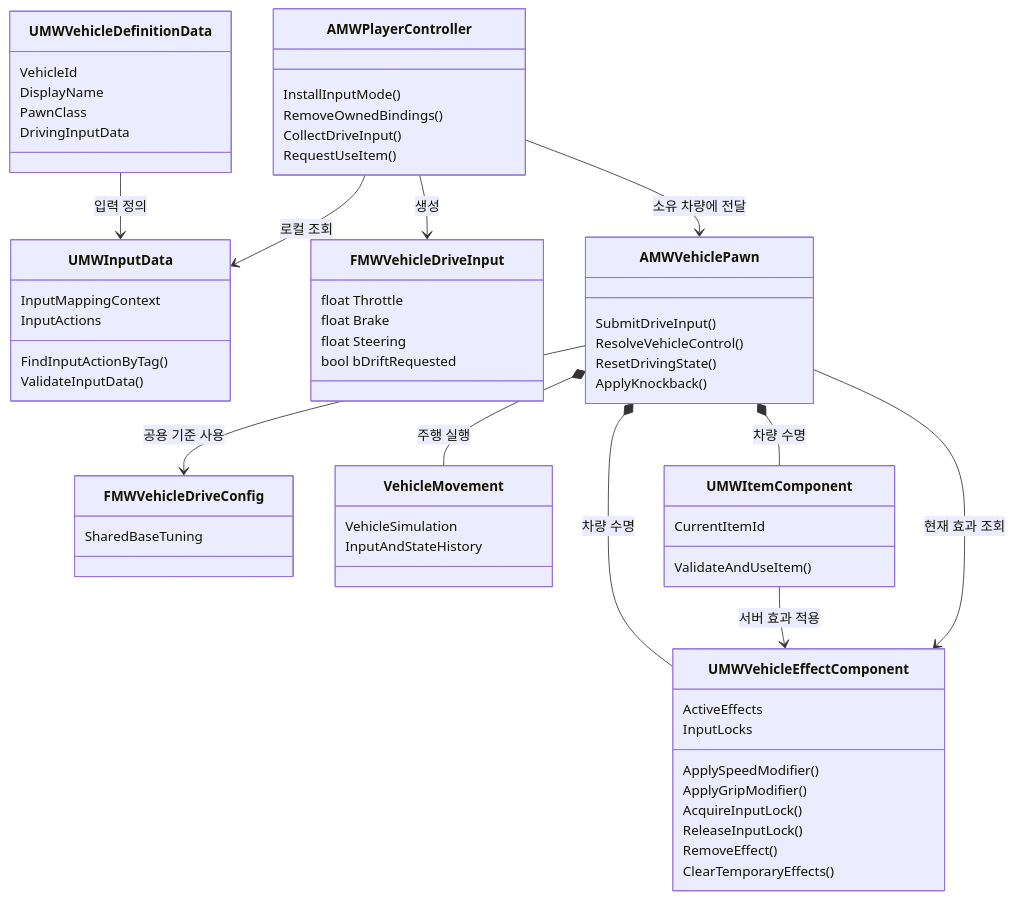
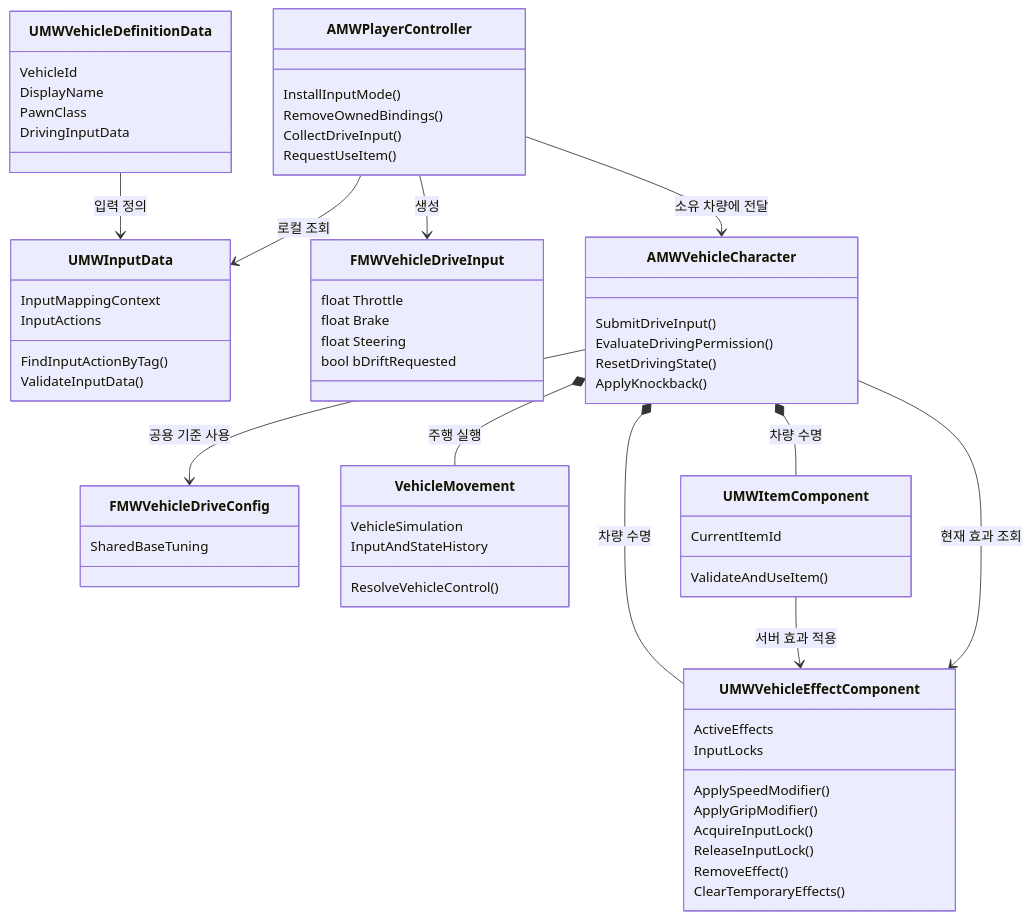
One commit to kevin6091/ProjectMW changed the second of 11 diagrams in Docs/Shared/Client,Server/07_차량_입력_이동_효과_설계.md. Above: the diagram before and after it, drawn with Mermaid. The commit also changed other lines of this file and 5 other files, not shown here.

````diff
--- a/Docs/Shared/Client,Server/07_차량_입력_이동_효과_설계.md
+++ b/Docs/Shared/Client,Server/07_차량_입력_이동_효과_설계.md
@@ -63,64 +67,65 @@
 ```mermaid
 classDiagram
     class UMWVehicleDefinitionData {
         VehicleId
         DisplayName
         PawnClass
         DrivingInputData
     }
     class UMWInputData {
         InputMappingContext
         InputActions
         FindInputActionByTag()
         ValidateInputData()
     }
     class AMWPlayerController {
         InstallInputMode()
         RemoveOwnedBindings()
         CollectDriveInput()
         RequestUseItem()
     }
     class FMWVehicleDriveInput {
         float Throttle
         float Brake
         float Steering
         bool bDriftRequested
     }
     class FMWVehicleDriveConfig {
         SharedBaseTuning
     }
-    class AMWVehiclePawn {
+    class AMWVehicleCharacter {
         SubmitDriveInput()
-        ResolveVehicleControl()
+        EvaluateDrivingPermission()
         ResetDrivingState()
         ApplyKnockback()
     }
     class UMWVehicleEffectComponent {
         ActiveEffects
         InputLocks
         ApplySpeedModifier()
         ApplyGripModifier()
         AcquireInputLock()
         ReleaseInputLock()
         RemoveEffect()
         ClearTemporaryEffects()
     }
     class VehicleMovement {
+        ResolveVehicleControl()
         VehicleSimulation
         InputAndStateHistory
     }
     class UMWItemComponent {
         CurrentItemId
         ValidateAndUseItem()
     }
     UMWVehicleDefinitionData --> UMWInputData : 입력 정의
     AMWPlayerController --> UMWInputData : 로컬 조회
     AMWPlayerController --> FMWVehicleDriveInput : 생성
-    AMWPlayerController --> AMWVehiclePawn : 소유 차량에 전달
-    AMWVehiclePawn --> FMWVehicleDriveConfig : 공용 기준 사용
-    AMWVehiclePawn *-- UMWVehicleEffectComponent : 차량 수명
-    AMWVehiclePawn *-- UMWItemComponent : 차량 수명
-    AMWVehiclePawn *-- VehicleMovement : 주행 실행
+    AMWPlayerController --> AMWVehicleCharacter : 소유 차량에 전달
+    AMWVehicleCharacter --> FMWVehicleDriveConfig : 공용 기준 사용
+    AMWVehicleCharacter *-- UMWVehicleEffectComponent : 차량 수명
+    AMWVehicleCharacter *-- UMWItemComponent : 차량 수명
+    AMWVehicleCharacter *-- VehicleMovement : 주행 실행
     UMWItemComponent --> UMWVehicleEffectComponent : 서버 효과 적용
-    AMWVehiclePawn --> UMWVehicleEffectComponent : 현재 효과 조회
+    AMWVehicleCharacter --> UMWVehicleEffectComponent : 현재 효과 조회
 ```
````
